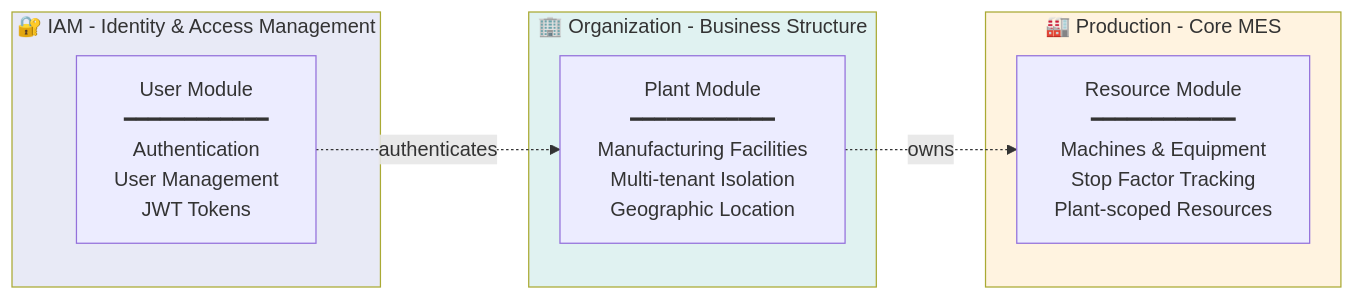
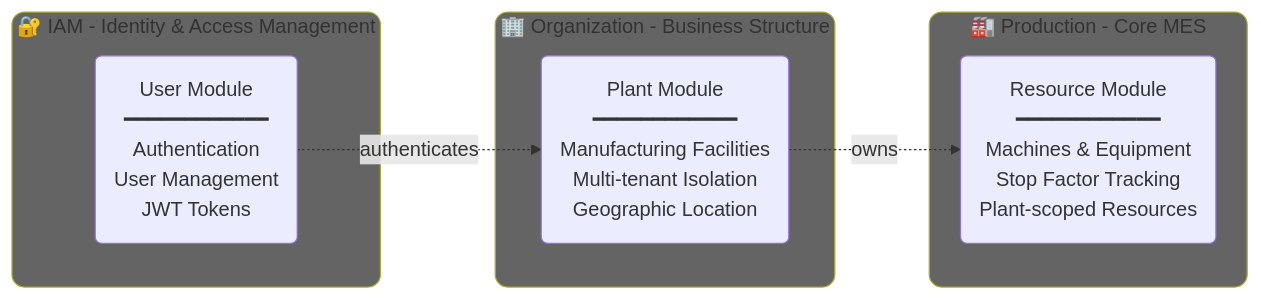
The second of 3 diagrams in README.md (davidgaspardev/usermes-backend), drawn with Mermaid before and after one commit. The commit also changed other lines of this file and 1 other file, not shown here.

````diff
--- a/README.md
+++ b/README.md
@@ -76,21 +81,25 @@
 ```mermaid
 graph LR
     subgraph IAM["🔐 IAM - Identity & Access Management"]
-        USER[User Module<br/>━━━━━━━━━━━━<br/>Authentication<br/>User Management<br/>JWT Tokens]
+        USER(User Module<br/>━━━━━━━━━━━━<br/>Authentication<br/>User Management<br/>JWT Tokens)
     end
     
     subgraph ORG["🏢 Organization - Business Structure"]
-        PLANT[Plant Module<br/>━━━━━━━━━━━━<br/>Manufacturing Facilities<br/>Multi-tenant Isolation<br/>Geographic Location]
+        PLANT(Plant Module<br/>━━━━━━━━━━━━<br/>Manufacturing Facilities<br/>Multi-tenant Isolation<br/>Geographic Location)
     end
     
     subgraph PROD["🏭 Production - Core MES"]
-        RES[Resource Module<br/>━━━━━━━━━━━━<br/>Machines & Equipment<br/>Stop Factor Tracking<br/>Plant-scoped Resources]
+        RES(Resource Module<br/>━━━━━━━━━━━━<br/>Machines & Equipment<br/>Stop Factor Tracking<br/>Plant-scoped Resources)
     end
     
     USER -.->|authenticates| PLANT
     PLANT -.->|owns| RES
+
+    style IAM rx:10px,ry:10px
+    style ORG rx:10px,ry:10px
+    style PROD rx:10px,ry:10px
     
-    style IAM fill:#e8eaf6
-    style ORG fill:#e0f2f1
-    style PROD fill:#fff3e0
+    style IAM fill:#646464
+    style ORG fill:#646464
+    style PROD fill:#646464
 ```
````
